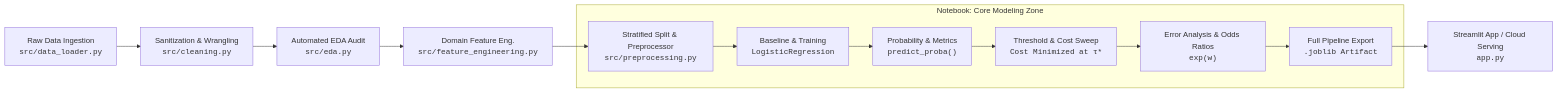
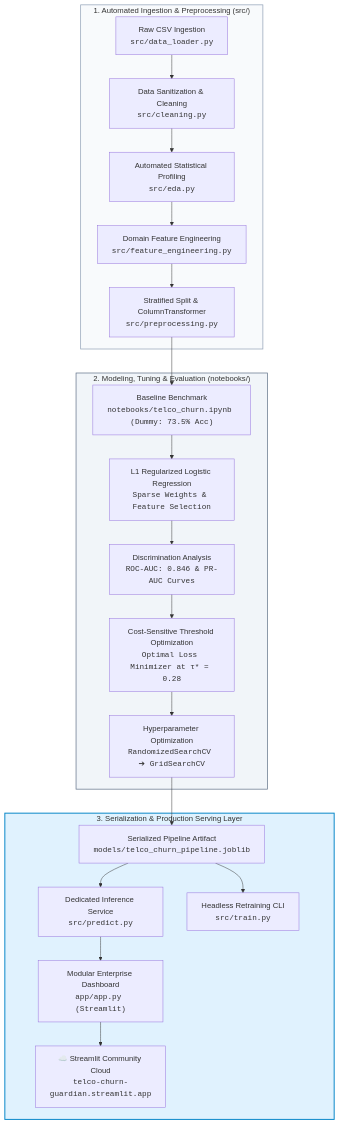
One commit to dipjyotisarma-dev/telco-churn-guardian changed the diagram in README.md. Above: the diagram before and after it, drawn with Mermaid. The commit also changed other lines of this file, not shown here.

````diff
--- a/README.md
+++ b/README.md
@@ -40,17 +43,29 @@
 ```mermaid
-flowchart LR
-    A["Raw Data Ingestion<br><code>src/data_loader.py</code>"] --> B["Sanitization & Wrangling<br><code>src/cleaning.py</code>"]
-    B --> C["Automated EDA Audit<br><code>src/eda.py</code>"]
-    C --> D["Domain Feature Eng.<br><code>src/feature_engineering.py</code>"]
-    D --> E["Stratified Split & Preprocessor<br><code>src/preprocessing.py</code>"]
-    
-    subgraph Core ["Notebook: Core Modeling Zone"]
-        E --> F["Baseline & Training<br><code>LogisticRegression</code>"]
-        F --> G["Probability & Metrics<br><code>predict_proba()</code>"]
-        G --> H["Threshold & Cost Sweep<br><code>Cost Minimized at τ*</code>"]
-        H --> I["Error Analysis & Odds Ratios<br><code>exp(w)</code>"]
-        I --> J["Full Pipeline Export<br><code>.joblib Artifact</code>"]
+flowchart TD
+    subgraph S1 ["1. Automated Ingestion & Preprocessing (src/)"]
+        A["Raw CSV Ingestion<br><code>src/data_loader.py</code>"] --> B["Data Sanitization & Cleaning<br><code>src/cleaning.py</code>"]
+        B --> C["Automated Statistical Profiling<br><code>src/eda.py</code>"]
+        C --> D["Domain Feature Engineering<br><code>src/feature_engineering.py</code>"]
+        D --> E["Stratified Split & ColumnTransformer<br><code>src/preprocessing.py</code>"]
     end
-    
-    J --> K["Streamlit App / Cloud Serving<br><code>app.py</code>"]
+
+    subgraph S2 ["2. Modeling, Tuning & Evaluation (notebooks/)"]
+        E --> F["Baseline Benchmark<br><code>notebooks/telco_churn.ipynb (Dummy: 73.5% Acc)</code>"]
+        F --> G["L1 Regularized Logistic Regression<br><code>Sparse Weights & Feature Selection</code>"]
+        G --> H["Discrimination Analysis<br><code>ROC-AUC: 0.846 & PR-AUC Curves</code>"]
+        H --> I["Cost-Sensitive Threshold Optimization<br><code>Optimal Loss Minimizer at τ* = 0.28</code>"]
+        I --> J["Hyperparameter Optimization<br><code>RandomizedSearchCV ➔ GridSearchCV</code>"]
+    end
+
+    subgraph S3 ["3. Serialization & Production Serving Layer"]
+        J --> K["Serialized Pipeline Artifact<br><code>models/telco_churn_pipeline.joblib</code>"]
+        K --> L["Dedicated Inference Service<br><code>src/predict.py</code>"]
+        K --> M["Headless Retraining CLI<br><code>src/train.py</code>"]
+        L --> N["Modular Enterprise Dashboard<br><code>app/app.py (Streamlit)</code>"]
+        N --> O["☁️ Streamlit Community Cloud<br><code>telco-churn-guardian.streamlit.app</code>"]
+    end
+
+    style S1 fill:#f8fafc,stroke:#94a3b8,stroke-width:1.5px
+    style S2 fill:#f1f5f9,stroke:#64748b,stroke-width:1.5px
+    style S3 fill:#e0f2fe,stroke:#0284c7,stroke-width:2px
 ```
````
